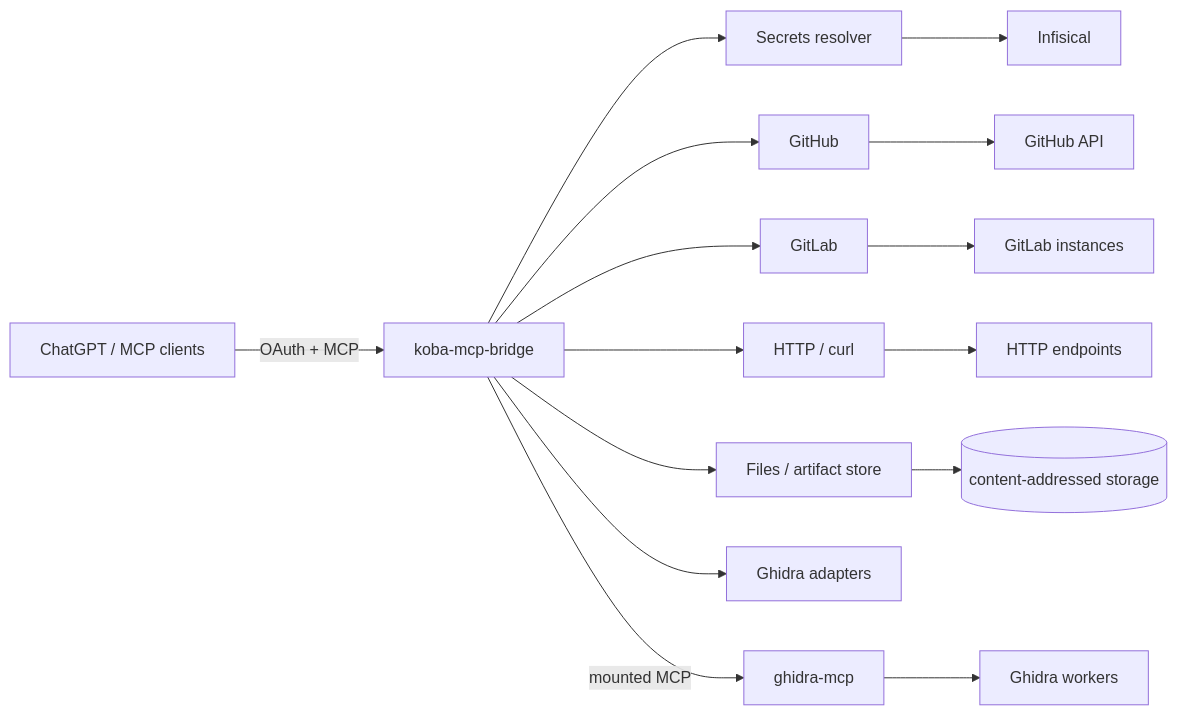
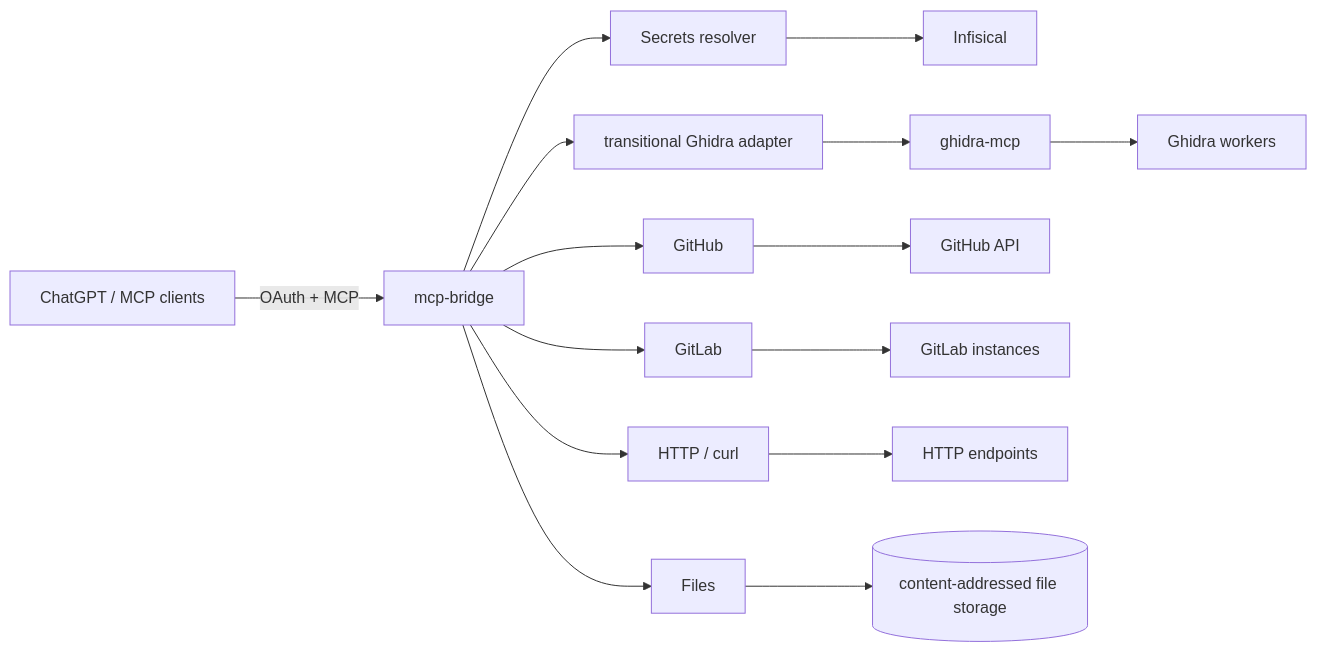
Before and after one commit to ArthurKoba/koba-mcp-bridge: the first of 2 diagrams in docs/architecture/overview.md, drawn with Mermaid. The commit also changed other lines of this file and 78 other files, not shown here.

First line of the commit message:
refactor: hard-cutover MCP Bridge into modular runtimes and Files (#68)

````diff
--- a/docs/architecture/overview.md
+++ b/docs/architecture/overview.md
@@ -16,20 +16,20 @@
 ```mermaid
 flowchart LR
-    C[ChatGPT / MCP clients] -->|OAuth + MCP| B[koba-mcp-bridge]
+    C[ChatGPT / MCP clients] -->|OAuth + MCP| B[mcp-bridge]
 
     B --> S[Secrets resolver]
     S --> I[Infisical]
 
     B --> GH[GitHub]
     B --> GL[GitLab]
     B --> HTTP[HTTP / curl]
-    B --> F[Files / artifact store]
-    B --> GA[Ghidra adapters]
-    B -->|mounted MCP| GM[ghidra-mcp]
+    B --> F[Files]
+    B --> GA[transitional Ghidra adapter]
+    GA --> GM[ghidra-mcp]
 
     GH --> GitHub[GitHub API]
     GL --> GitLab[GitLab instances]
     HTTP --> Internet[HTTP endpoints]
-    F --> Store[(content-addressed storage)]
+    F --> Store[(content-addressed file storage)]
     GM --> Ghidra[Ghidra workers]
 ```
````
